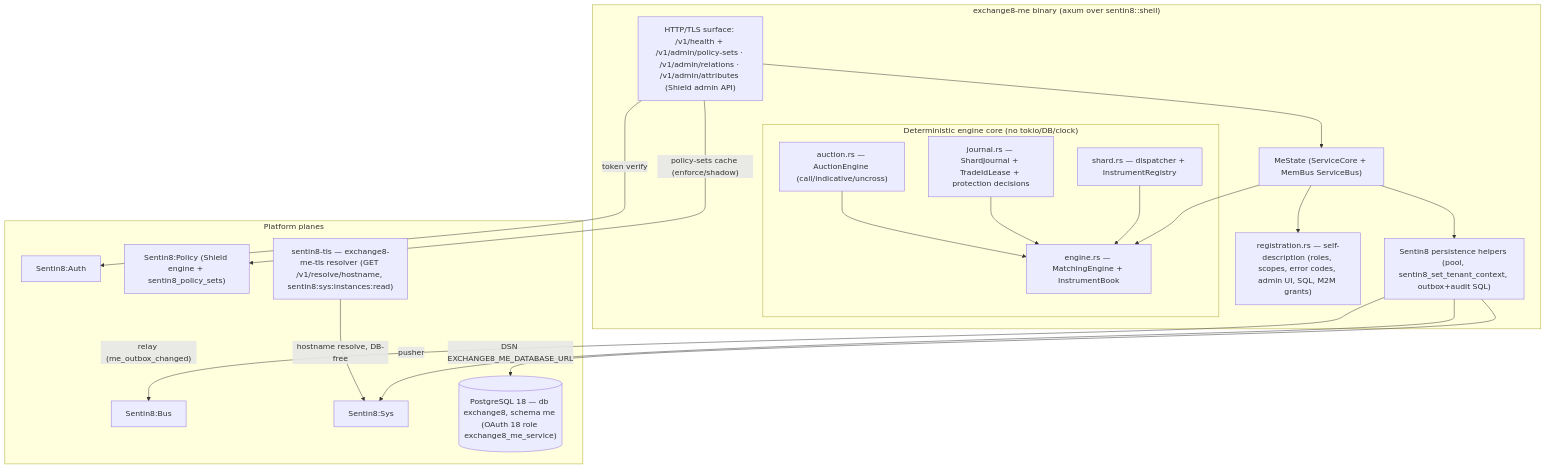
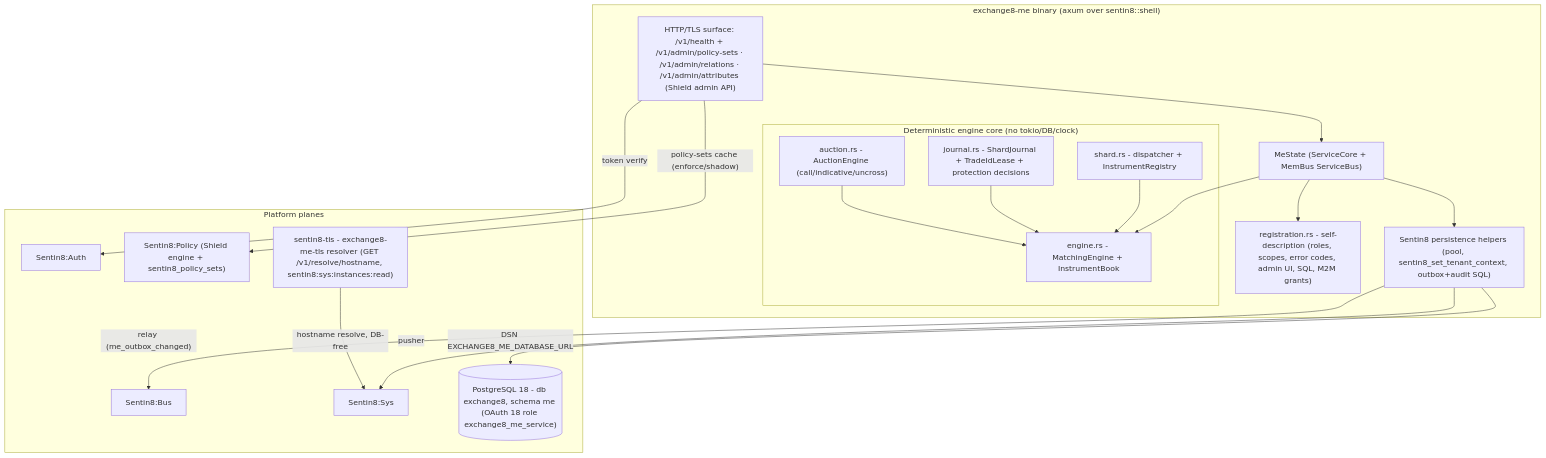
Before and after one commit to Exchange8-dev/exchange8-site: the second of 15 diagrams in docs/products/me/design.md, drawn with Mermaid. The commit also changed other lines of this file and 72 other files, not shown here.

````diff
--- a/docs/products/me/design.md
+++ b/docs/products/me/design.md
@@ -58,36 +58,36 @@
 ```mermaid
 graph TD
     subgraph MEProc["exchange8-me binary (axum over sentin8::shell)"]
         HTTP["HTTP/TLS surface: /v1/health + /v1/admin/policy-sets · /v1/admin/relations · /v1/admin/attributes (Shield admin API)"]
-        REG_M["registration.rs — self-description (roles, scopes, error codes, admin UI, SQL, M2M grants)"]
+        REG_M["registration.rs - self-description (roles, scopes, error codes, admin UI, SQL, M2M grants)"]
         STATE["MeState (ServiceCore + MemBus ServiceBus)"]
         subgraph Core["Deterministic engine core (no tokio/DB/clock)"]
-            ENGINE["engine.rs — MatchingEngine + InstrumentBook"]
-            SHARD["shard.rs — dispatcher + InstrumentRegistry"]
-            JRN["journal.rs — ShardJournal + TradeIdLease + protection decisions"]
-            AUCT["auction.rs — AuctionEngine (call/indicative/uncross)"]
+            ENGINE["engine.rs - MatchingEngine + InstrumentBook"]
+            SHARD["shard.rs - dispatcher + InstrumentRegistry"]
+            JRN["journal.rs - ShardJournal + TradeIdLease + protection decisions"]
+            AUCT["auction.rs - AuctionEngine (call/indicative/uncross)"]
         end
         PERSIST["Sentin8 persistence helpers (pool, sentin8_set_tenant_context, outbox+audit SQL)"]
     end
     subgraph Planes["Platform planes"]
         AUTH2["Sentin8:Auth"]
         POLICY["Sentin8:Policy (Shield engine + sentin8_policy_sets)"]
         BUS2["Sentin8:Bus"]
         SYS2["Sentin8:Sys"]
-        TLS2["sentin8-tls — exchange8-me-tls resolver (GET /v1/resolve/hostname, sentin8:sys:instances:read)"]
-        DBP[("PostgreSQL 18 — db exchange8, schema me (OAuth 18 role exchange8_me_service)")]
+        TLS2["sentin8-tls - exchange8-me-tls resolver (GET /v1/resolve/hostname, sentin8:sys:instances:read)"]
+        DBP[("PostgreSQL 18 - db exchange8, schema me (OAuth 18 role exchange8_me_service)")]
     end
     HTTP --> STATE
     STATE --> ENGINE
     SHARD --> ENGINE
     JRN --> ENGINE
     AUCT --> ENGINE
     STATE --> REG_M
     STATE --> PERSIST
     PERSIST -- "DSN EXCHANGE8_ME_DATABASE_URL" --> DBP
     HTTP -- "token verify" --> AUTH2
     HTTP -- "policy-sets cache (enforce/shadow)" --> POLICY
     PERSIST -- "relay (me_outbox_changed)" --> BUS2
     PERSIST -- "pusher" --> SYS2
     TLS2 -- "hostname resolve, DB-free" --> SYS2
 ```
````
